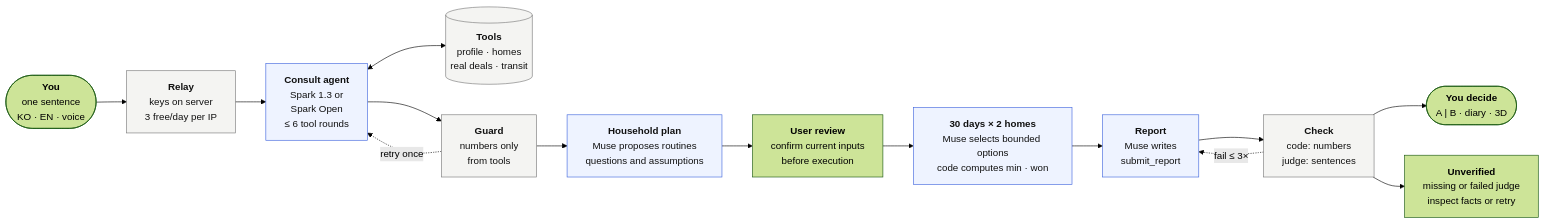
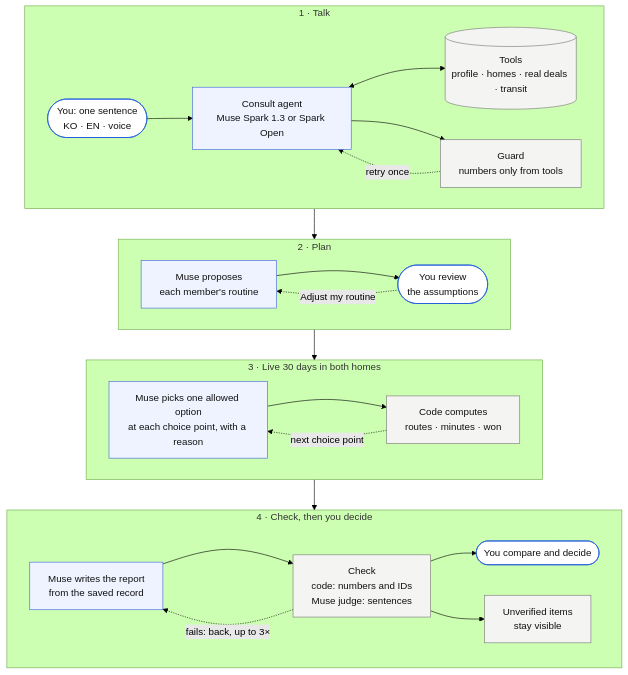
The diagram in docs/agent-workflow.mmd (halo-sw/ithaca), drawn with Mermaid (forest theme) before and after one commit. The commit also changed 3 other files, not shown here.

First line of the commit message:
docs: README in a submission-overview layout, with the agent workflow chart and benchmarks

```diff
--- a/docs/agent-workflow.mmd
+++ b/docs/agent-workflow.mmd
@@ -1,18 +1,32 @@
-flowchart LR
-  U(["<b>You</b><br/>one sentence<br/>KO · EN · voice"]) --> R["<b>Relay</b><br/>keys on server<br/>3 free/day per IP"]
-  R --> A["<b>Consult agent</b><br/>Spark 1.3 or<br/>Spark Open<br/>≤ 6 tool rounds"]
-  A <--> T[("<b>Tools</b><br/>profile · homes<br/>real deals · transit")]
-  A --> G["<b>Guard</b><br/>numbers only<br/>from tools"]
-  G -. "retry once" .-> A
-  G --> H["<b>Household plan</b><br/>Muse proposes routines<br/>questions and assumptions"]
-  H --> F["<b>User review</b><br/>confirm current inputs<br/>before execution"]
-  F --> L["<b>30 days × 2 homes</b><br/>Muse selects bounded options<br/>code computes min · won"]
-  L --> P["<b>Report</b><br/>Muse writes<br/>submit_report"]
-  P --> C["<b>Check</b><br/>code: numbers<br/>judge: sentences"]
-  C -. "fail ≤ 3×" .-> P
-  C --> O(["<b>You decide</b><br/>A | B · diary · 3D"])
-  C --> N["<b>Unverified</b><br/>missing or failed judge<br/>inspect facts or retry"]
-  classDef muse fill:#eef3ff,stroke:#3d63dd,color:#111;
-  classDef code fill:#f4f4f2,stroke:#777,color:#111;
-  class A,H,L,P muse
-  class R,T,G,C code
+flowchart TB
+  subgraph S1["1 · Talk"]
+    direction LR
+    U(["You: one sentence<br/>KO · EN · voice"]) --> A["Consult agent<br/>Muse Spark 1.3 or Spark Open"]
+    A <--> T[("Tools<br/>profile · homes · real deals · transit")]
+    A --> G["Guard<br/>numbers only from tools"]
+    G -. "retry once" .-> A
+  end
+  subgraph S2["2 · Plan"]
+    direction LR
+    H["Muse proposes<br/>each member's routine"] --> F(["You review<br/>the assumptions"])
+    F -. "Adjust my routine" .-> H
+  end
+  subgraph S3["3 · Live 30 days in both homes"]
+    direction LR
+    D["Muse picks one allowed option<br/>at each choice point, with a reason"] --> E["Code computes<br/>routes · minutes · won"]
+    E -. "next choice point" .-> D
+  end
+  subgraph S4["4 · Check, then you decide"]
+    direction LR
+    P["Muse writes the report<br/>from the saved record"] --> C["Check<br/>code: numbers and IDs<br/>Muse judge: sentences"]
+    C -. "fails: back, up to 3×" .-> P
+    C --> O(["You compare and decide"])
+    C --> N["Unverified items<br/>stay visible"]
+  end
+  S1 --> S2 --> S3 --> S4
+  classDef muse fill:#eef3ff,stroke:#3d63dd,color:#111
+  classDef code fill:#f4f4f2,stroke:#777,color:#111
+  classDef you fill:#ffffff,stroke:#1a56db,color:#111
+  class A,H,D,P muse
+  class T,G,E,C,N code
+  class U,F,O you
```
